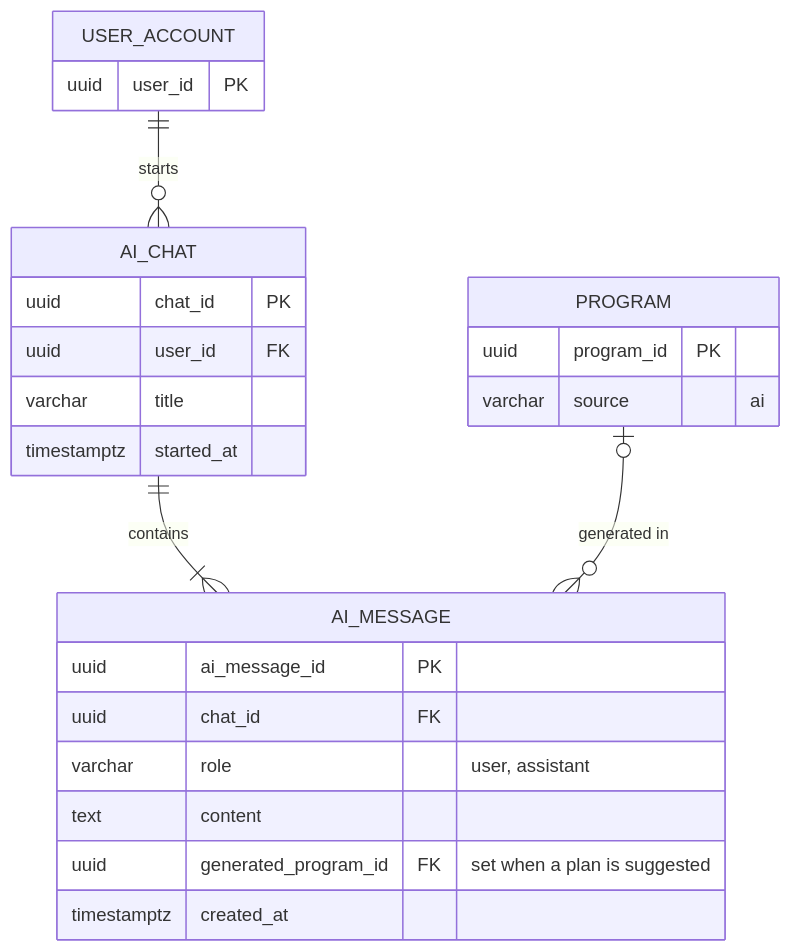
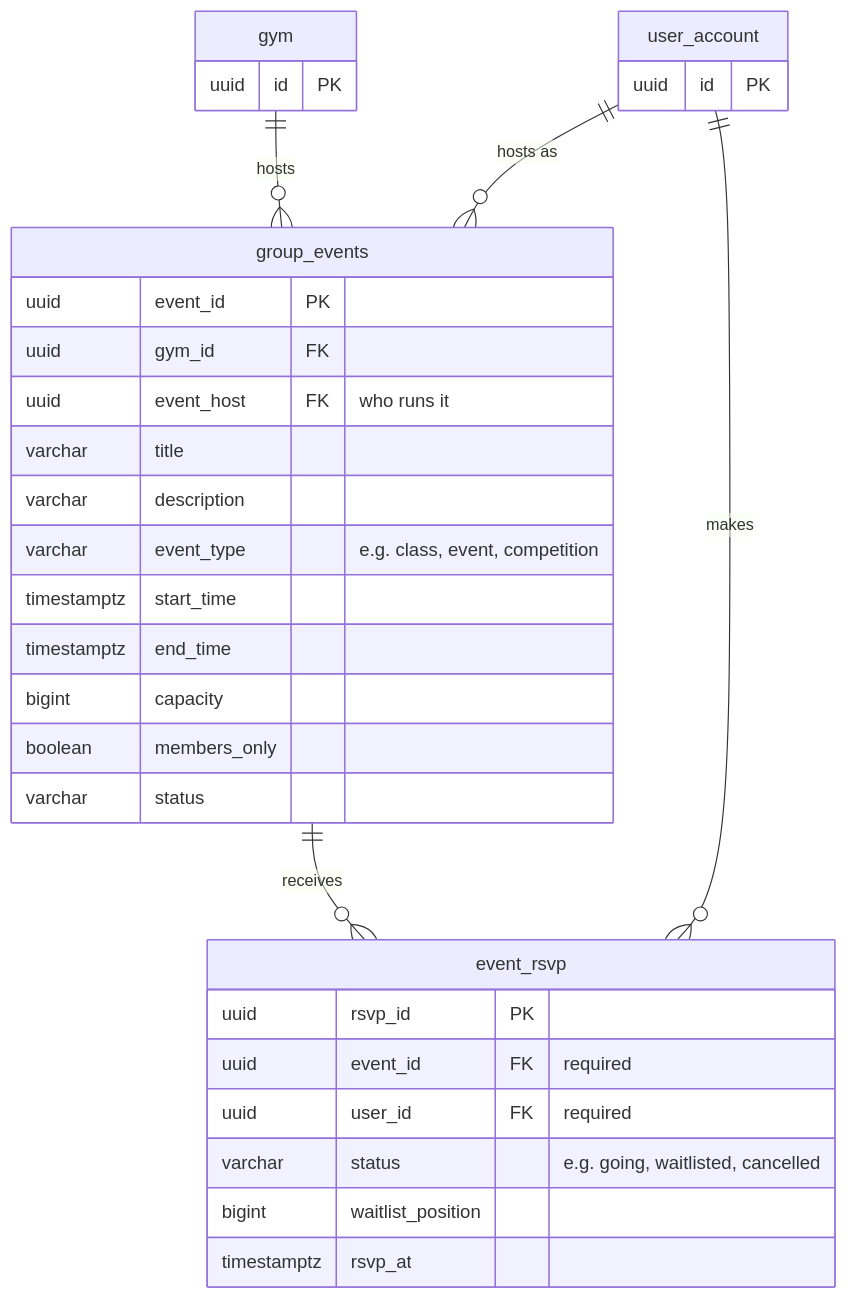
One commit to rehman20052/SwoleMates changed the fifth of 6 diagrams in docs/DATA_MODEL.md. Above: the diagram before and after it, drawn with Mermaid. The commit also changed other lines of this file, not shown here.

````diff
--- a/docs/DATA_MODEL.md
+++ b/docs/DATA_MODEL.md
@@ -416,27 +275,34 @@
 ```mermaid
 erDiagram
-  USER_ACCOUNT {
-    uuid user_id PK
+  user_account {
+    uuid id PK
   }
-  AI_CHAT {
-    uuid chat_id PK
-    uuid user_id FK
+  gym {
+    uuid id PK
+  }
+  group_events {
+    uuid event_id PK
+    uuid gym_id FK
+    uuid event_host FK "who runs it"
     varchar title
-    timestamptz started_at
+    varchar description
+    varchar event_type "e.g. class, event, competition"
+    timestamptz start_time
+    timestamptz end_time
+    bigint capacity
+    boolean members_only
+    varchar status
   }
-  AI_MESSAGE {
-    uuid ai_message_id PK
-    uuid chat_id FK
-    varchar role "user, assistant"
-    text content
-    uuid generated_program_id FK "set when a plan is suggested"
-    timestamptz created_at
+  event_rsvp {
+    uuid rsvp_id PK
+    uuid event_id FK "required"
+    uuid user_id FK "required"
+    varchar status "e.g. going, waitlisted, cancelled"
+    bigint waitlist_position
+    timestamptz rsvp_at
   }
-  PROGRAM {
-    uuid program_id PK
-    varchar source "ai"
-  }
-  USER_ACCOUNT ||--o{ AI_CHAT : starts
-  AI_CHAT ||--|{ AI_MESSAGE : contains
-  PROGRAM |o--o{ AI_MESSAGE : "generated in"
+  gym ||--o{ group_events : hosts
+  user_account ||--o{ group_events : "hosts as"
+  group_events ||--o{ event_rsvp : receives
+  user_account ||--o{ event_rsvp : makes
 ```
````
